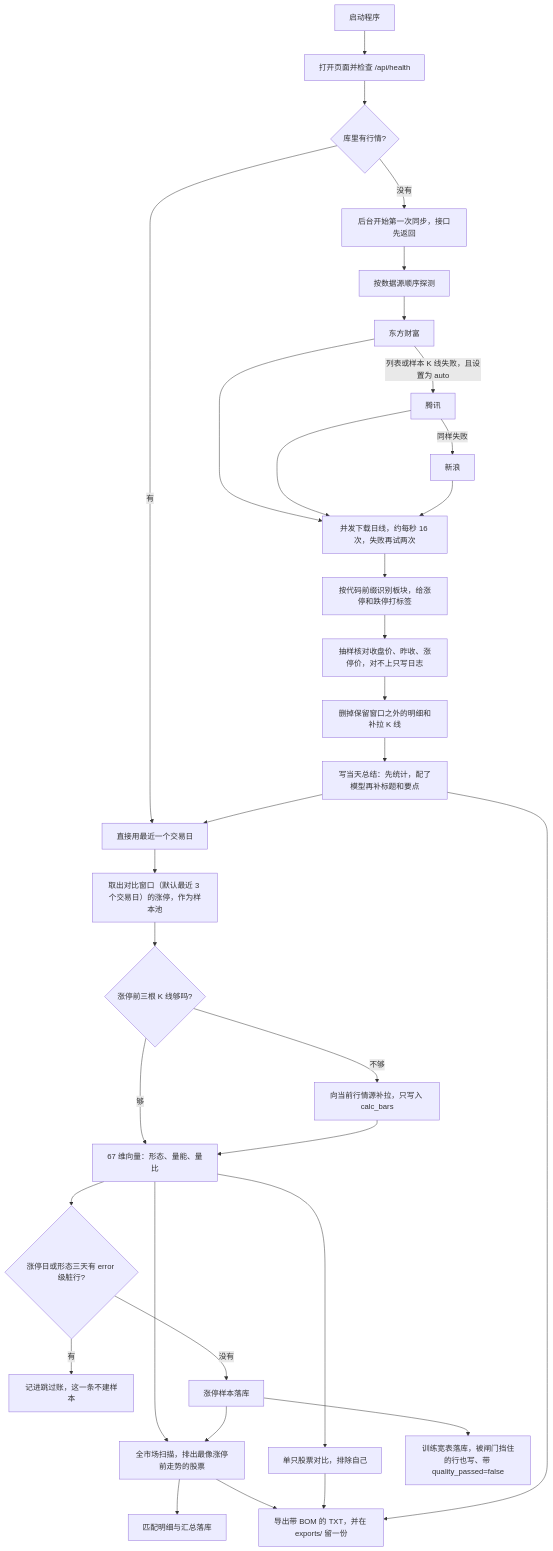
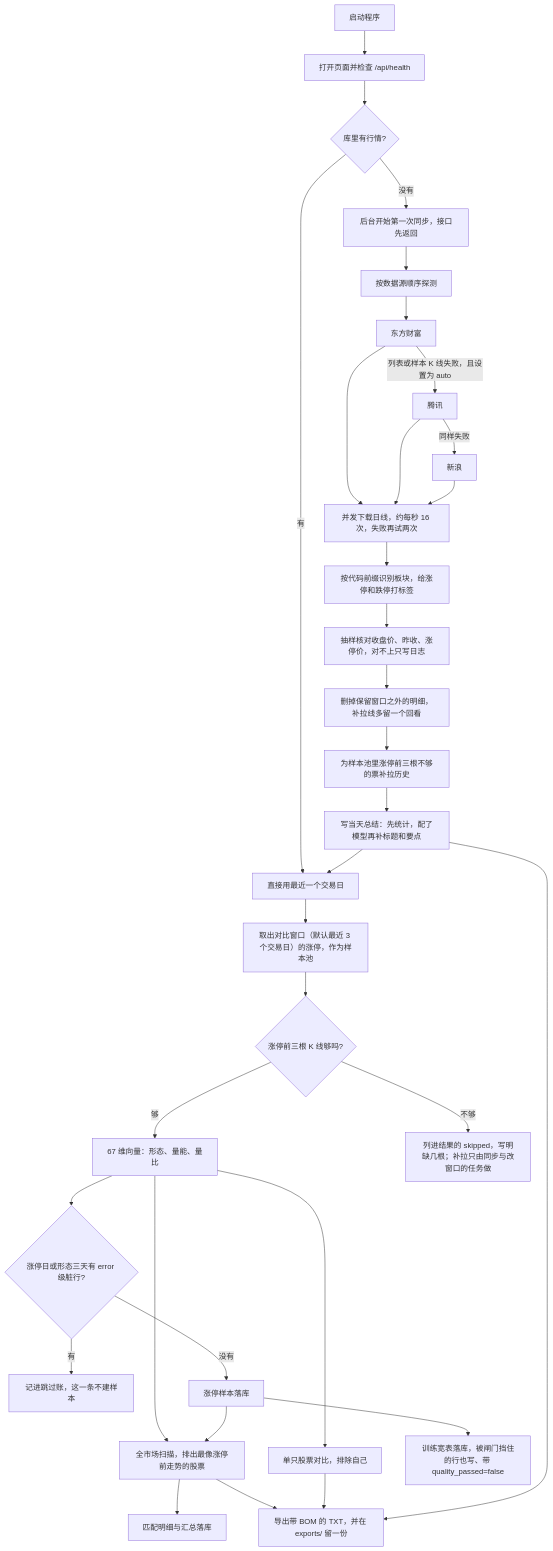
One commit to peekaboo789/limit-pattern changed the first of 2 diagrams in README.md. Above: the diagram before and after it, drawn with Mermaid. The commit also changed other lines of this file and 8 other files, not shown here.

````diff
--- a/README.md
+++ b/README.md
@@ -35,35 +35,35 @@
 ```mermaid
 flowchart TD
   start["启动程序"] --> health["打开页面并检查 /api/health"]
   health --> empty{"库里有行情?"}
   empty -->|没有| first["后台开始第一次同步，接口先返回"]
   empty -->|有| ready["直接用最近一个交易日"]
   first --> choose["按数据源顺序探测"]
   choose --> em["东方财富"]
   em -->|列表或样本 K 线失败，且设置为 auto| tx["腾讯"]
   tx -->|同样失败| sina["新浪"]
   em --> pull["并发下载日线，约每秒 16 次，失败再试两次"]
   tx --> pull
   sina --> pull
   pull --> label["按代码前缀识别板块，给涨停和跌停打标签"]
   label --> cross["抽样核对收盘价、昨收、涨停价，对不上只写日志"]
-  cross --> purge["删掉保留窗口之外的明细和补拉 K 线"]
-  purge --> summary["写当天总结：先统计，配了模型再补标题和要点"]
+  cross --> purge["删掉保留窗口之外的明细，补拉线多留一个回看"]
+  purge --> fill0["为样本池里涨停前三根不够的票补拉历史"]
+  fill0 --> summary["写当天总结：先统计，配了模型再补标题和要点"]
   summary --> ready
   ready --> pool["取出对比窗口（默认最近 3 个交易日）的涨停，作为样本池"]
   pool --> gap{"涨停前三根 K 线够吗?"}
-  gap -->|不够| fill["向当前行情源补拉，只写入 calc_bars"]
   gap -->|够| score["67 维向量：形态、量能、量比"]
-  fill --> score
+  gap -->|不够| skipped["列进结果的 skipped，写明缺几根；补拉只由同步与改窗口的任务做"]
   score --> scan["全市场扫描，排出最像涨停前走势的股票"]
   score --> one["单只股票对比，排除自己"]
   score --> gate{"涨停日或形态三天有 error 级脏行?"}
   gate -->|有| skip["记进跳过账，这一条不建样本"]
   gate -->|没有| lib["涨停样本落库"]
   lib --> scan
   scan --> mlib["匹配明细与汇总落库"]
   lib --> train["训练宽表落库，被闸门挡住的行也写、带 quality_passed=false"]
   scan --> export["导出带 BOM 的 TXT，并在 exports/ 留一份"]
   one --> export
   summary --> export
 ```
````
